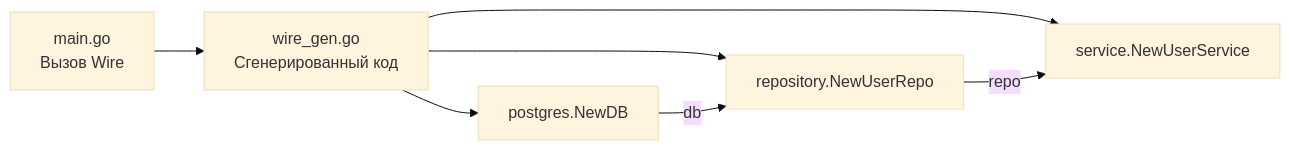
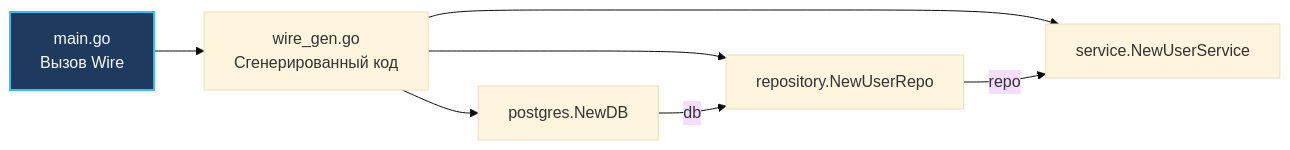
Before and after one commit to UnrealTemplier/go-textbook: the second of 2 diagrams in sources/9. Бэкенд на Go (Практика разработки)/13. Dependency Injection в Go.md, drawn with Mermaid (base theme). The commit also changed 1666 other files, not shown here.

First line of the commit message:
feat(mermaid): add semantic color classDef to 1369 colorless flowchart/graph diagrams

````diff
--- a/sources/9. Бэкенд на Go (Практика разработки)/13. Dependency Injection в Go.md
+++ b/sources/9. Бэкенд на Go (Практика разработки)/13. Dependency Injection в Go.md
@@ -166,9 +166,19 @@
 ```mermaid
 flowchart LR
-    A["main.go<br>Вызов Wire"] --> B["wire_gen.go<br>Сгенерированный код"]
+    classDef process  fill:#1e293b,stroke:#38bdf8,stroke-width:1px,color:#f8fafc
+    classDef success  fill:#064e3b,stroke:#34d399,stroke-width:1px,color:#f8fafc
+    classDef error    fill:#7f1d1d,stroke:#f87171,stroke-width:1px,color:#f8fafc
+    classDef warning  fill:#78350f,stroke:#fbbf24,stroke-width:1px,color:#f8fafc
+    classDef entry    fill:#1e3a5f,stroke:#38bdf8,stroke-width:2px,color:#f8fafc
+    classDef aux      fill:#334155,stroke:#64748b,stroke-width:1px,color:#f8fafc
+    classDef system   fill:#312e81,stroke:#a78bfa,stroke-width:1px,color:#f8fafc
+    classDef data     fill:#132d29,stroke:#2dd4bf,stroke-width:1px,color:#f8fafc
+    classDef network  fill:#881337,stroke:#fb7185,stroke-width:1px,color:#f8fafc
+    classDef accent   fill:#1e1b4b,stroke:#818cf8,stroke-width:1px,color:#f8fafc
+    A["main.go<br>Вызов Wire"]:::entry --> B["wire_gen.go<br>Сгенерированный код"]
     B --> C["postgres.NewDB"]
     B --> D["repository.NewUserRepo"]
     B --> E["service.NewUserService"]
     C -->|"db"| D
     D -->|"repo"| E
 ```
````
